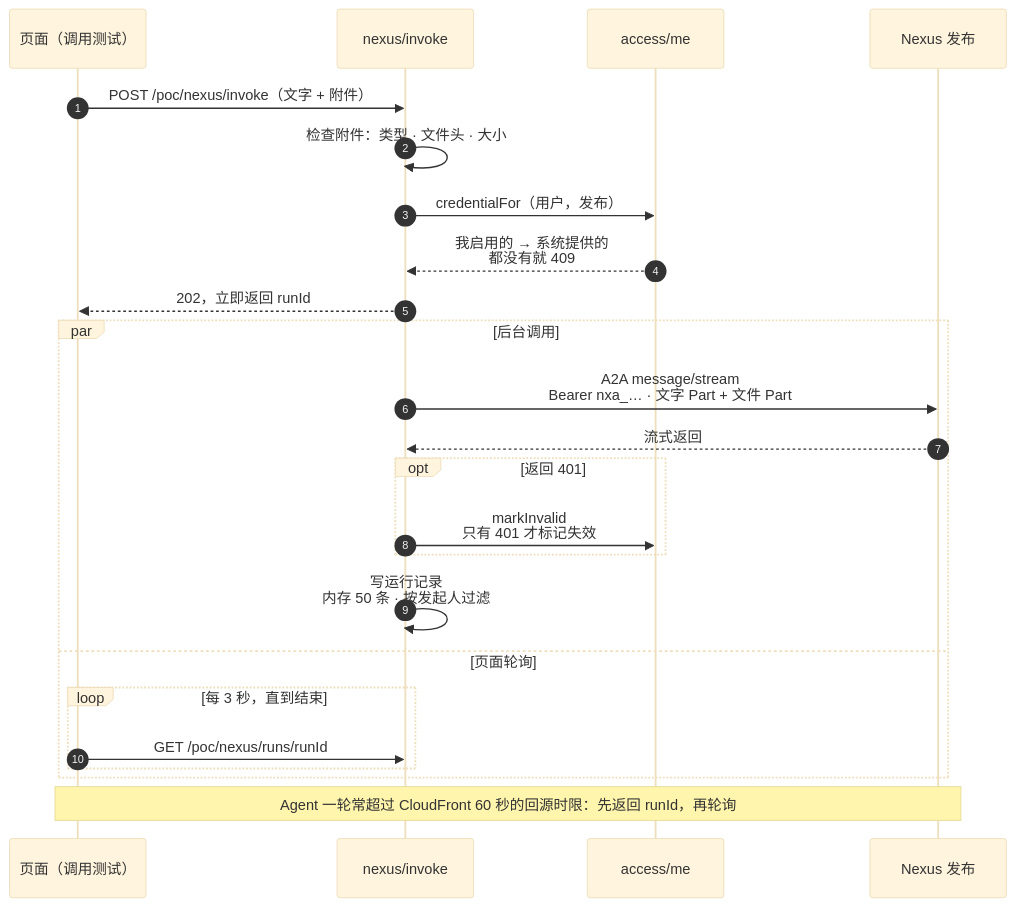
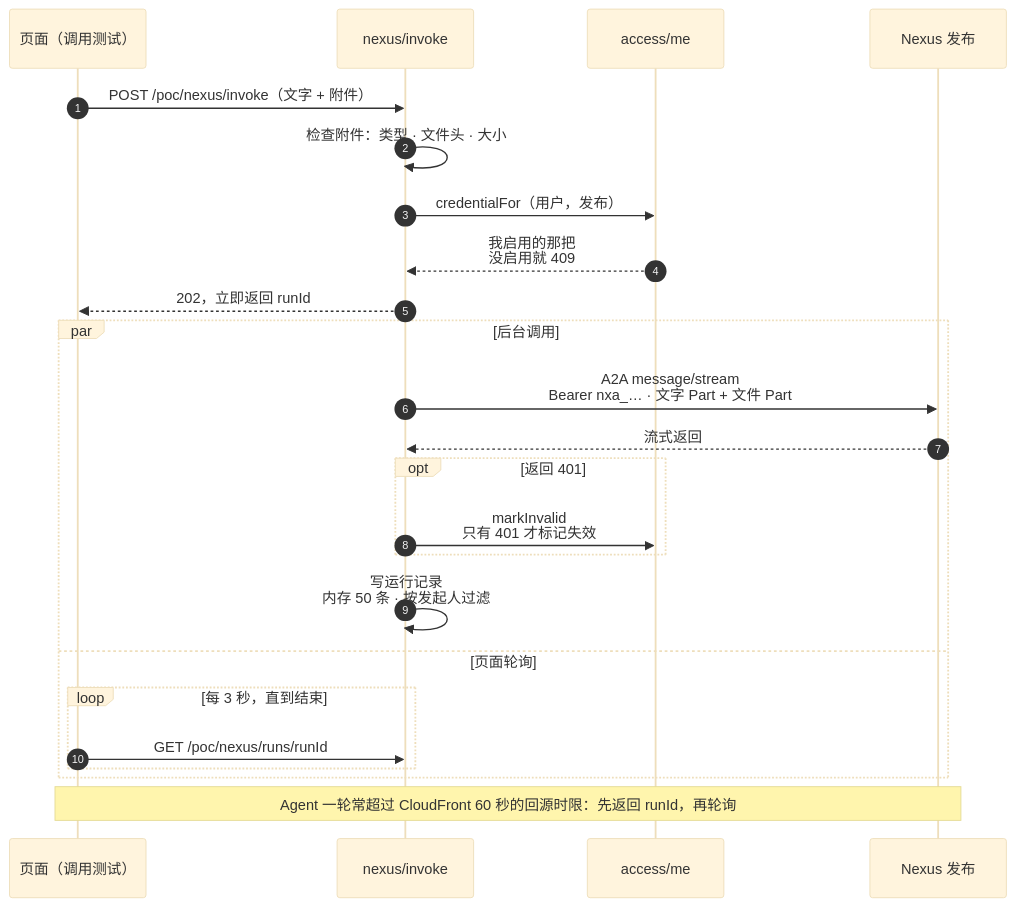
Before and after one commit to LiboMa/nexus-jiuan-agent-framework-poc: the diagram in docs/assets/diagrams/seq-invoke.mmd, drawn with Mermaid (base theme). The commit also changed 118 other files, not shown here.

```diff
--- a/docs/assets/diagrams/seq-invoke.mmd
+++ b/docs/assets/diagrams/seq-invoke.mmd
@@ -1,24 +1,24 @@
 sequenceDiagram
   autonumber
   participant P as 页面（调用测试）
   participant I as nexus/invoke
   participant M as access/me
   participant N as Nexus 发布
   P->>I: POST /poc/nexus/invoke（文字 + 附件）
   I->>I: 检查附件：类型 · 文件头 · 大小
   I->>M: credentialFor（用户，发布）
-  M-->>I: 我启用的 → 系统提供的<br/>都没有就 409
+  M-->>I: 我启用的那把<br/>没启用就 409
   I-->>P: 202，立即返回 runId
   par 后台调用
     I->>N: A2A message/stream<br/>Bearer nxa_… · 文字 Part + 文件 Part
     N-->>I: 流式返回
     opt 返回 401
       I->>M: markInvalid<br/>只有 401 才标记失效
     end
     I->>I: 写运行记录<br/>内存 50 条 · 按发起人过滤
   and 页面轮询
     loop 每 3 秒，直到结束
       P->>I: GET /poc/nexus/runs/runId
     end
   end
   Note over P,N: Agent 一轮常超过 CloudFront 60 秒的回源时限：先返回 runId，再轮询
```
